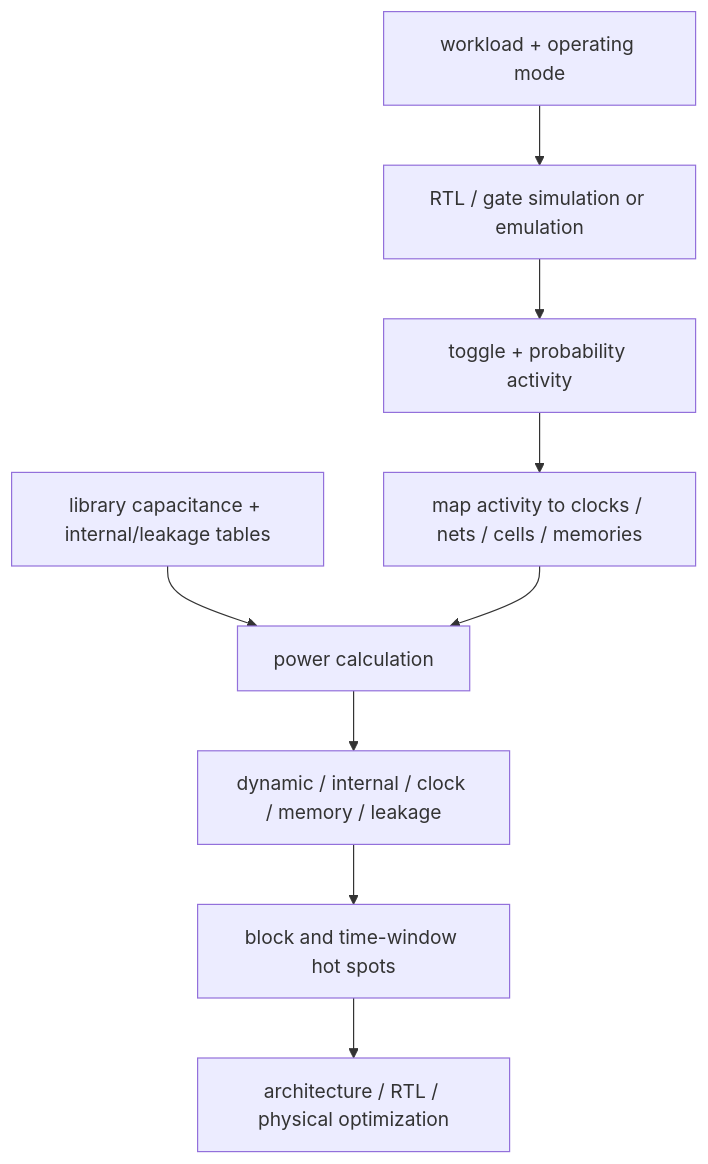
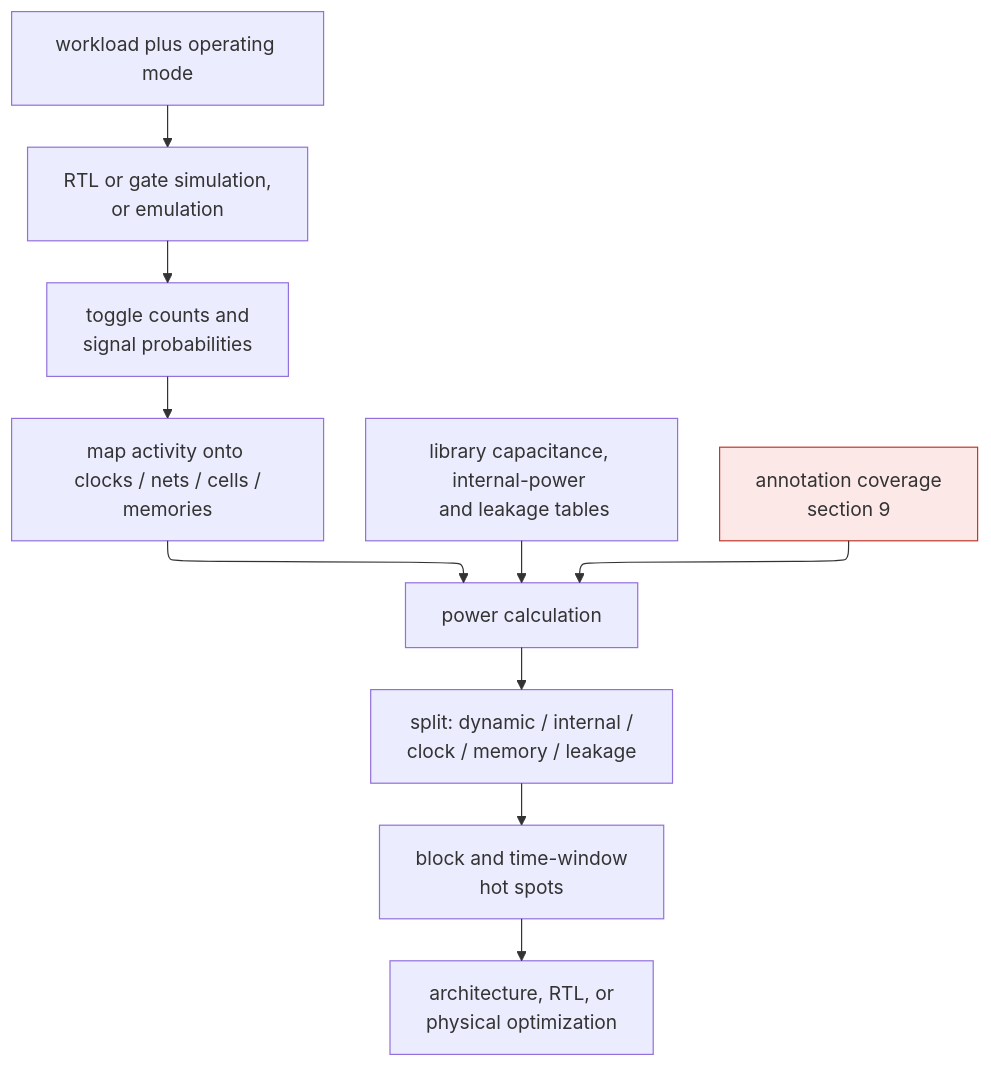
Before and after one commit to Wty2003328/silicon-design-notebook: the first of 5 diagrams in 02_Power_and_Low_Power/02_Block_Activity_and_Power.md, drawn with Mermaid. The commit also changed other lines of this file and 13 other files, not shown here.

````diff
--- a/02_Power_and_Low_Power/02_Block_Activity_and_Power.md
+++ b/02_Power_and_Low_Power/02_Block_Activity_and_Power.md
@@ -3,11 +21,15 @@
 ```mermaid
+%%{init: {"flowchart": {"defaultRenderer": "elk", "nodeSpacing": 55, "rankSpacing": 55, "htmlLabels": false}}}%%
 flowchart TD
-    WL["workload + operating mode"] --> SIM["RTL / gate simulation or emulation"]
-    SIM --> ACT["toggle + probability activity"]
-    ACT --> MAP["map activity to clocks / nets / cells / memories"]
-    LIB["library capacitance + internal/leakage tables"] --> CALC["power calculation"]
+    WL["workload plus operating mode"] --> SIM["RTL or gate simulation, <br/> or emulation"]
+    SIM --> ACT["toggle counts and <br/> signal probabilities"]
+    ACT --> MAP["map activity onto <br/> clocks / nets / cells / memories"]
+    LIB["library capacitance, internal-power <br/> and leakage tables"] --> CALC["power calculation"]
     MAP --> CALC
-    CALC --> SPLIT["dynamic / internal / clock / memory / leakage"]
-    SPLIT --> HOT["block and time-window hot spots"]
-    HOT --> FIX["architecture / RTL / physical optimization"]
+    COV["annotation coverage <br/> section 9"] --> CALC
+    CALC --> SPLIT["split: dynamic / internal / <br/> clock / memory / leakage"]
+    SPLIT --> HOT["block and time-window <br/> hot spots"]
+    HOT --> FIX["architecture, RTL, or <br/> physical optimization"]
+    classDef gate fill:#fde8e8,stroke:#c0392b;
+    class COV gate;
 ```
````
